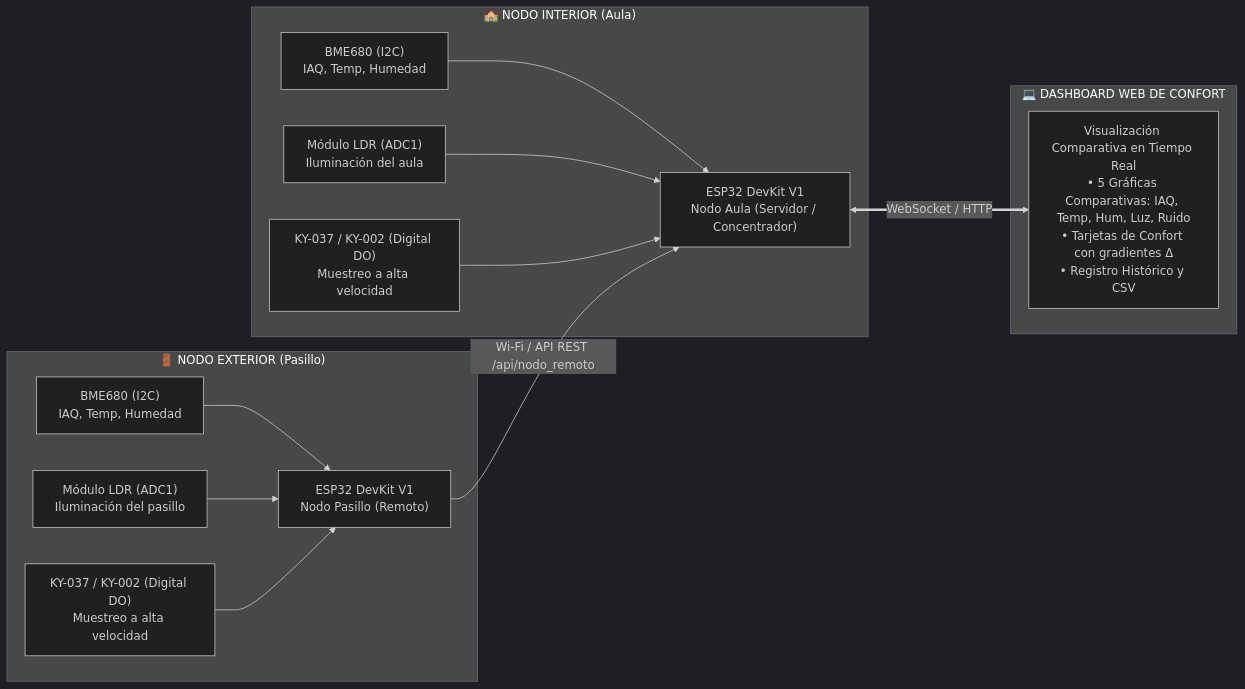
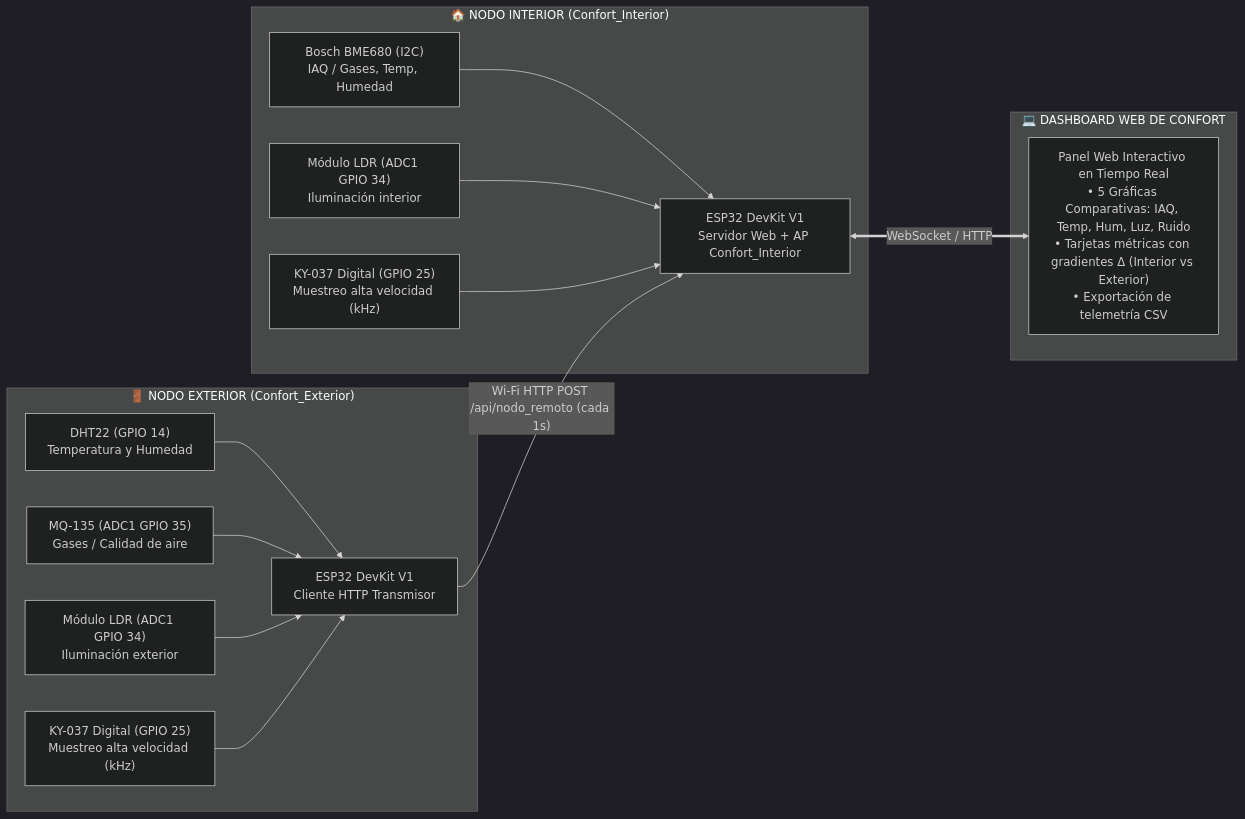
The diagram in readme_etapa2.md (JuanMartin-Cruz/ESP32-grupo-1-Etapa2), drawn with Mermaid (dark theme) before and after one commit. The commit also changed other lines of this file and 30 other files, not shown here.

Commit message:
feat: implement exterior and interior firmware nodes for environmental comfort monitoring

````diff
--- a/readme_etapa2.md
+++ b/readme_etapa2.md
@@ -22,29 +32,31 @@
 ```mermaid
 flowchart LR
-    subgraph AULA["🏫 NODO INTERIOR (Aula)"]
-        ESP1["ESP32 DevKit V1<br/>Nodo Aula (Servidor / Concentrador)"]
-        BME1["BME680 (I2C)<br/>IAQ, Temp, Humedad"]
-        LDR1["Módulo LDR (ADC1)<br/>Iluminación del aula"]
-        SON1["KY-037 / KY-002 (Digital DO)<br/>Muestreo a alta velocidad"]
+    subgraph INT["🏠 NODO INTERIOR (Confort_Interior)"]
+        ESP1["ESP32 DevKit V1<br/>Servidor Web + AP Confort_Interior"]
+        BME1["Bosch BME680 (I2C)<br/>IAQ / Gases, Temp, Humedad"]
+        LDR1["Módulo LDR (ADC1 GPIO 34)<br/>Iluminación interior"]
+        SON1["KY-037 Digital (GPIO 25)<br/>Muestreo alta velocidad (kHz)"]
         BME1 --> ESP1
         LDR1 --> ESP1
         SON1 --> ESP1
     end
 
-    subgraph PASILLO["🚪 NODO EXTERIOR (Pasillo)"]
-        ESP2["ESP32 DevKit V1<br/>Nodo Pasillo (Remoto)"]
-        BME2["BME680 (I2C)<br/>IAQ, Temp, Humedad"]
-        LDR2["Módulo LDR (ADC1)<br/>Iluminación del pasillo"]
-        SON2["KY-037 / KY-002 (Digital DO)<br/>Muestreo a alta velocidad"]
-        BME2 --> ESP2
+    subgraph EXT["🚪 NODO EXTERIOR (Confort_Exterior)"]
+        ESP2["ESP32 DevKit V1<br/>Cliente HTTP Transmisor"]
+        DHT["DHT22 (GPIO 14)<br/>Temperatura y Humedad"]
+        MQ["MQ-135 (ADC1 GPIO 35)<br/>Gases / Calidad de aire"]
+        LDR2["Módulo LDR (ADC1 GPIO 34)<br/>Iluminación exterior"]
+        SON2["KY-037 Digital (GPIO 25)<br/>Muestreo alta velocidad (kHz)"]
+        DHT --> ESP2
+        MQ --> ESP2
         LDR2 --> ESP2
         SON2 --> ESP2
     end
 
     subgraph DASHBOARD["💻 DASHBOARD WEB DE CONFORT"]
-        PANEL["Visualización Comparativa en Tiempo Real<br/>• 5 Gráficas Comparativas: IAQ, Temp, Hum, Luz, Ruido<br/>• Tarjetas de Confort con gradientes Δ<br/>• Registro Histórico y CSV"]
+        PANEL["Panel Web Interactivo en Tiempo Real<br/>• 5 Gráficas Comparativas: IAQ, Temp, Hum, Luz, Ruido<br/>• Tarjetas métricas con gradientes Δ (Interior vs Exterior)<br/>• Exportación de telemetría CSV"]
     end
 
-    ESP2 -- Wi-Fi / API REST /api/nodo_remoto --> ESP1
-    ESP1 <== WebSocket / HTTP ==> PANEL
+    ESP2 -- "Wi-Fi HTTP POST /api/nodo_remoto (cada 1s)" --> ESP1
+    ESP1 <== "WebSocket / HTTP" ==> PANEL
 ```
````
